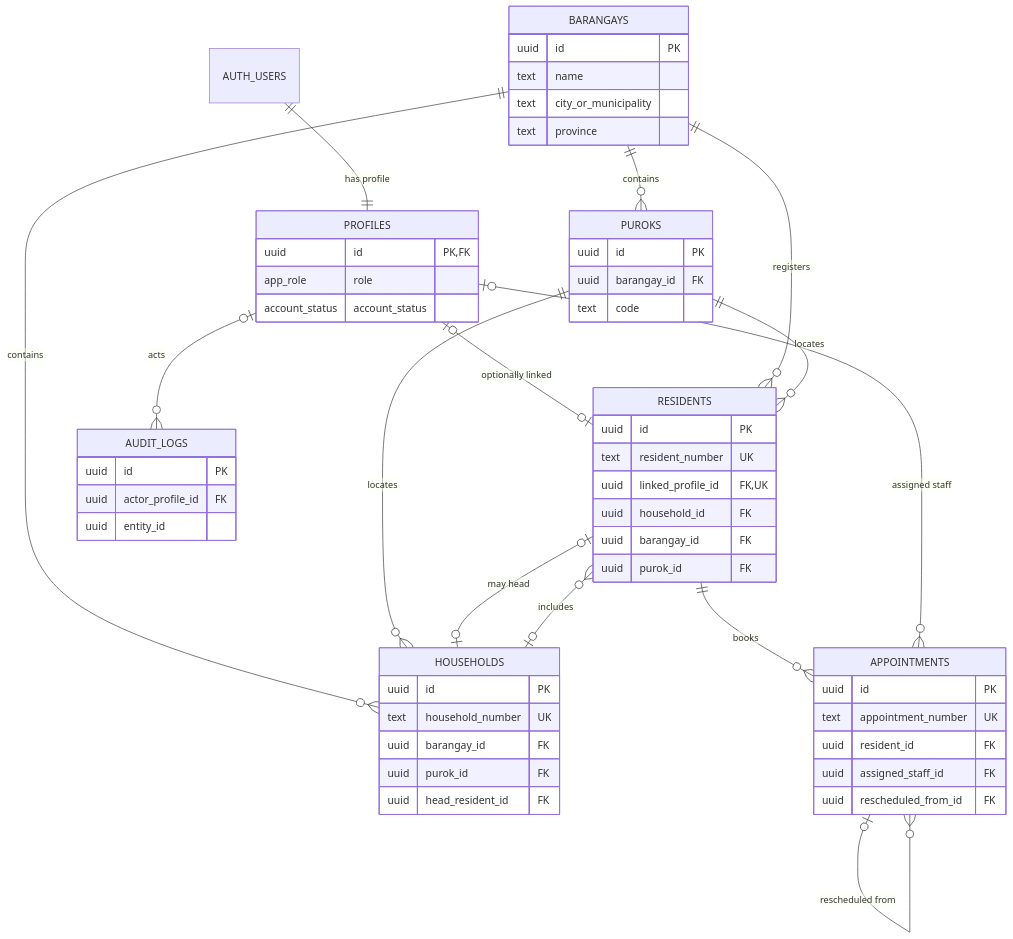
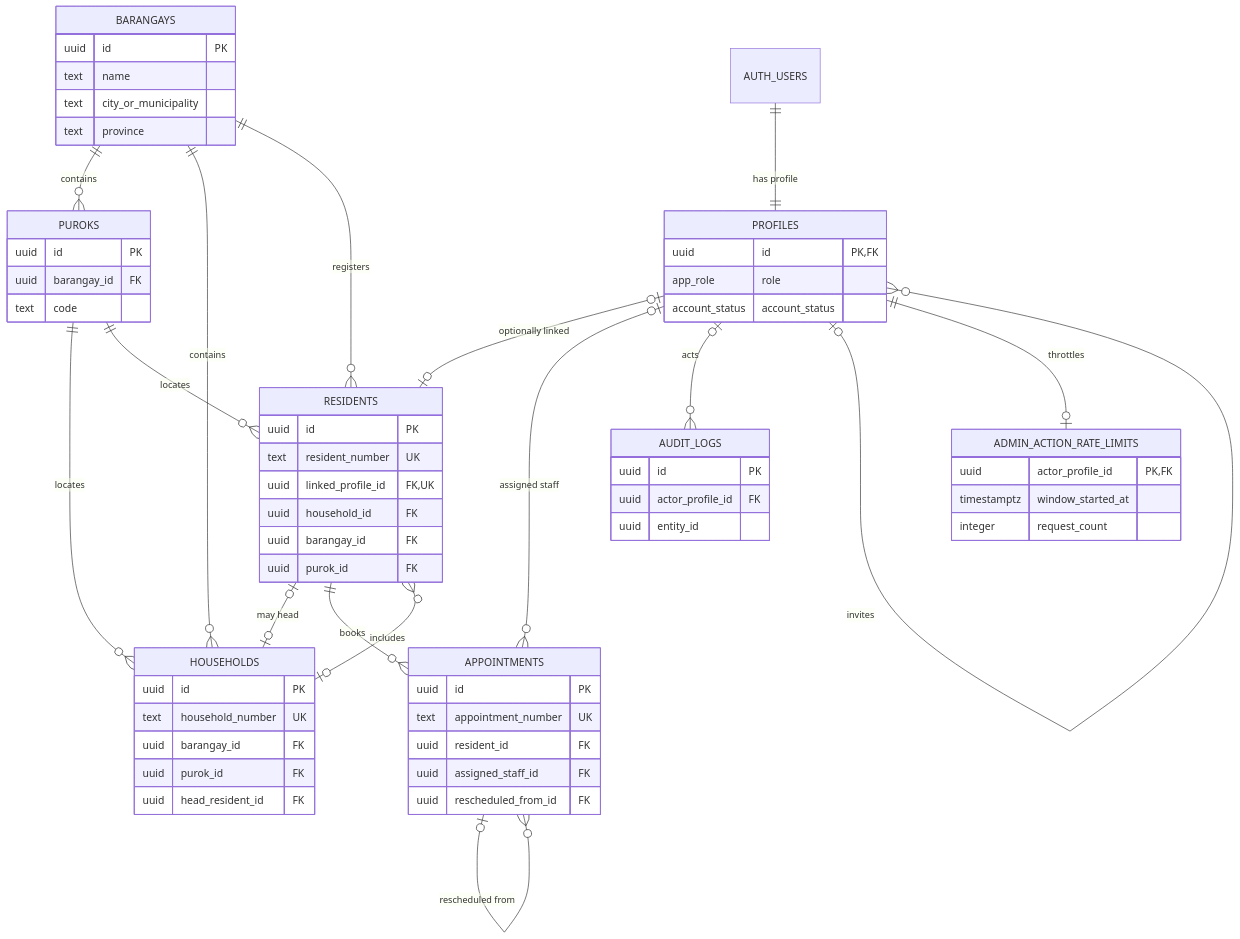
Before and after one commit to yamyamiii/ALAGA-SYS-V2-SUPABASE: the diagram in docs/database/RELATIONSHIPS.md, drawn with Mermaid. The commit also changed other lines of this file and 60 other files, not shown here.

````diff
--- a/docs/database/RELATIONSHIPS.md
+++ b/docs/database/RELATIONSHIPS.md
@@ -5,60 +5,67 @@
 ```mermaid
 erDiagram
   AUTH_USERS ||--|| PROFILES : "has profile"
   PROFILES o|--o| RESIDENTS : "optionally linked"
   BARANGAYS ||--o{ PUROKS : contains
   BARANGAYS ||--o{ HOUSEHOLDS : contains
   PUROKS ||--o{ HOUSEHOLDS : locates
   HOUSEHOLDS o|--o{ RESIDENTS : includes
   BARANGAYS ||--o{ RESIDENTS : registers
   PUROKS ||--o{ RESIDENTS : locates
   RESIDENTS o|--o| HOUSEHOLDS : "may head"
   RESIDENTS ||--o{ APPOINTMENTS : books
   PROFILES o|--o{ APPOINTMENTS : "assigned staff"
   APPOINTMENTS o|--o{ APPOINTMENTS : "rescheduled from"
   PROFILES o|--o{ AUDIT_LOGS : acts
+  PROFILES o|--o{ PROFILES : invites
+  PROFILES ||--o| ADMIN_ACTION_RATE_LIMITS : throttles
 
   PROFILES {
     uuid id PK,FK
     app_role role
     account_status account_status
   }
   BARANGAYS {
     uuid id PK
     text name
     text city_or_municipality
     text province
   }
   PUROKS {
     uuid id PK
     uuid barangay_id FK
     text code
   }
   HOUSEHOLDS {
     uuid id PK
     text household_number UK
     uuid barangay_id FK
     uuid purok_id FK
     uuid head_resident_id FK
   }
   RESIDENTS {
     uuid id PK
     text resident_number UK
     uuid linked_profile_id FK,UK
     uuid household_id FK
     uuid barangay_id FK
     uuid purok_id FK
   }
   APPOINTMENTS {
     uuid id PK
     text appointment_number UK
     uuid resident_id FK
     uuid assigned_staff_id FK
     uuid rescheduled_from_id FK
   }
   AUDIT_LOGS {
     uuid id PK
     uuid actor_profile_id FK
     uuid entity_id
   }
+  ADMIN_ACTION_RATE_LIMITS {
+    uuid actor_profile_id PK,FK
+    timestamptz window_started_at
+    integer request_count
+  }
 ```
````
